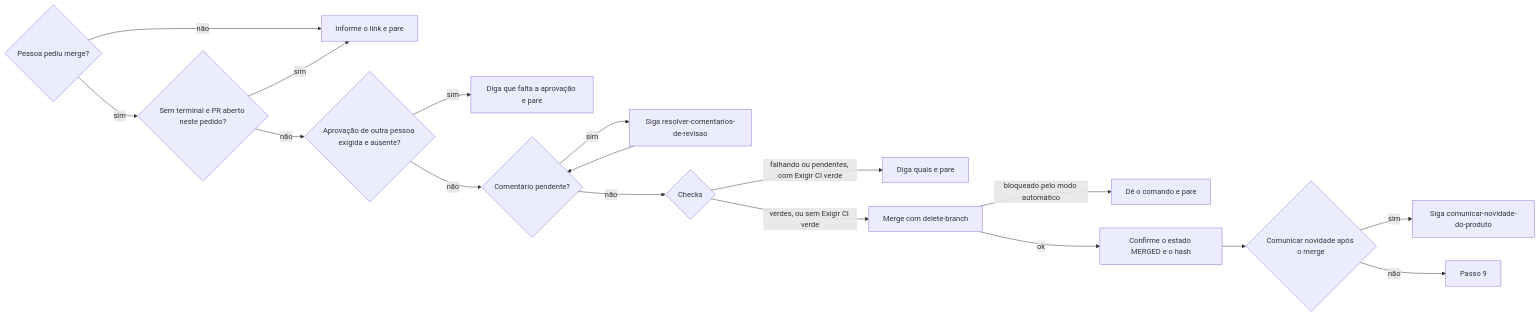
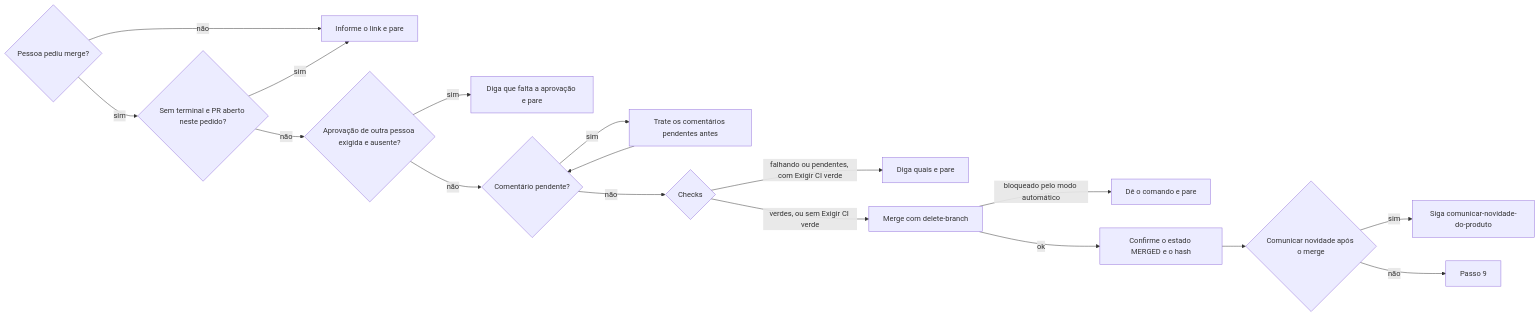
The diagram in .agents/skills/criar-pull-request/SKILL.md (jimmyandrade/harness), drawn with Mermaid before and after one commit. The commit also changed other lines of this file and 9 other files, not shown here.

First line of the commit message:
feat(atender-revisao-de-pull-request)!: rename resolver-comentarios-de-revisao and absorb the work of applying a review

````diff
--- a/.agents/skills/criar-pull-request/SKILL.md
+++ b/.agents/skills/criar-pull-request/SKILL.md
@@ -74,19 +73,19 @@
 ```mermaid
 flowchart LR
   A{Pessoa pediu merge?} -->|não| B[Informe o link e pare]
   A -->|sim| M{Sem terminal e PR aberto neste pedido?}
   M -->|sim| B
   M -->|não| N{Aprovação de outra pessoa exigida e ausente?}
   N -->|sim| P[Diga que falta a aprovação e pare]
   N -->|não| C{Comentário pendente?}
-  C -->|sim| D[Siga resolver-comentarios-de-revisao]
+  C -->|sim| D[Trate os comentários pendentes antes]
   D --> C
   C -->|não| E{Checks}
   E -->|falhando ou pendentes, com Exigir CI verde| F[Diga quais e pare]
   E -->|verdes, ou sem Exigir CI verde| G[Merge com delete-branch]
   G -->|bloqueado pelo modo automático| H[Dê o comando e pare]
   G -->|ok| I[Confirme o estado MERGED e o hash]
   I --> J{Comunicar novidade após o merge}
   J -->|sim| K[Siga comunicar-novidade-do-produto]
   J -->|não| L[Passo 9]
 ```
````
